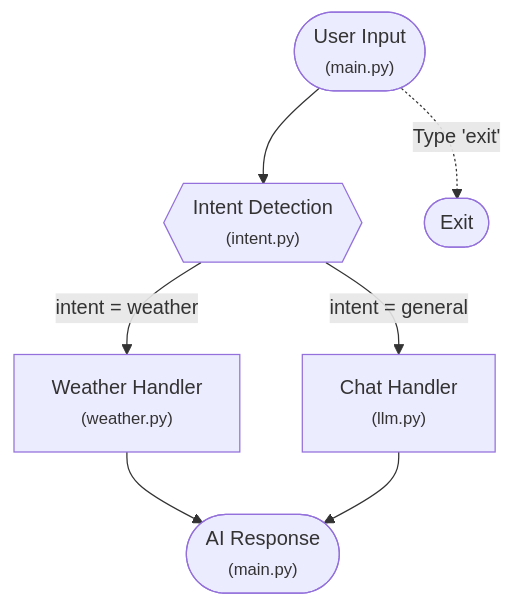
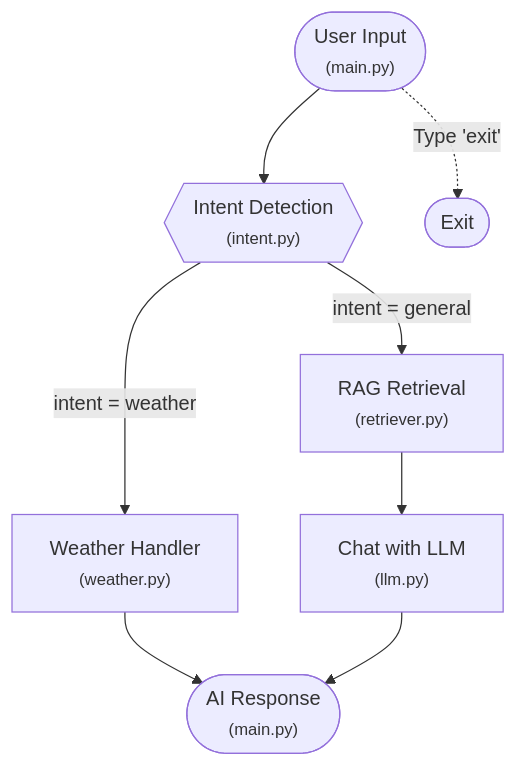
One commit to sagarcm13/Langchain-graph_AI_Chat_App changed the diagram in README.md. Above: the diagram before and after it, drawn with Mermaid. The commit also changed other lines of this file and 8 other files, not shown here.

````diff
--- a/README.md
+++ b/README.md
@@ -66,17 +90,19 @@
 ```mermaid
 flowchart TD
   Start(["User Input\n<small>(main.py)</small>"])
   Intent{{"Intent Detection\n<small>(intent.py)</small>"}}
   Weather["Weather Handler\n<small>(weather.py)</small>"]
-  Chat["Chat Handler\n<small>(llm.py)</small>"]
+  RAGRetrieval["RAG Retrieval\n<small>(retriever.py)</small>"]
+  Chat["Chat with LLM\n<small>(llm.py)</small>"]
   Resp(["AI Response\n<small>(main.py)</small>"])
 
   Start --> Intent
   Intent -- "intent = weather" --> Weather
-  Intent -- "intent = general" --> Chat
+  Intent -- "intent = general" --> RAGRetrieval
+  RAGRetrieval --> Chat
   Weather --> Resp
   Chat --> Resp
 
   %% Optional: Add user exit path
   Start -.->|"Type 'exit'"| End(["Exit"])
 ```
````
